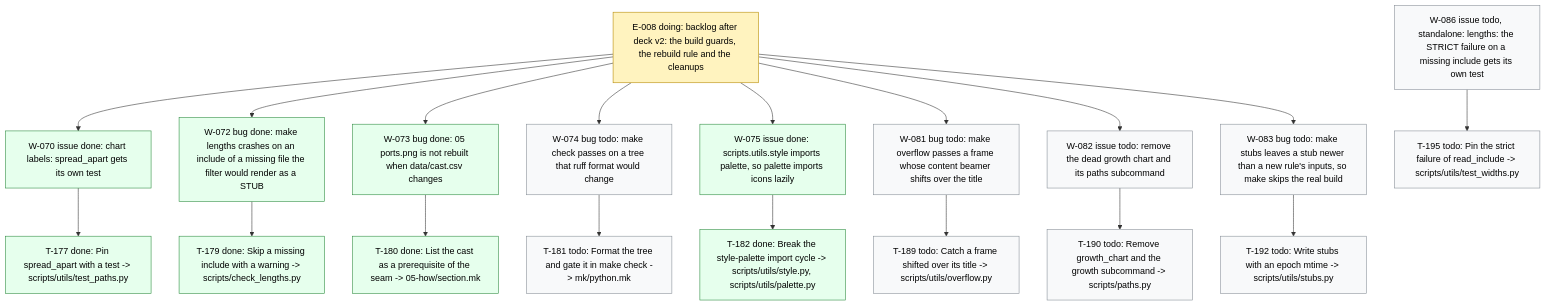
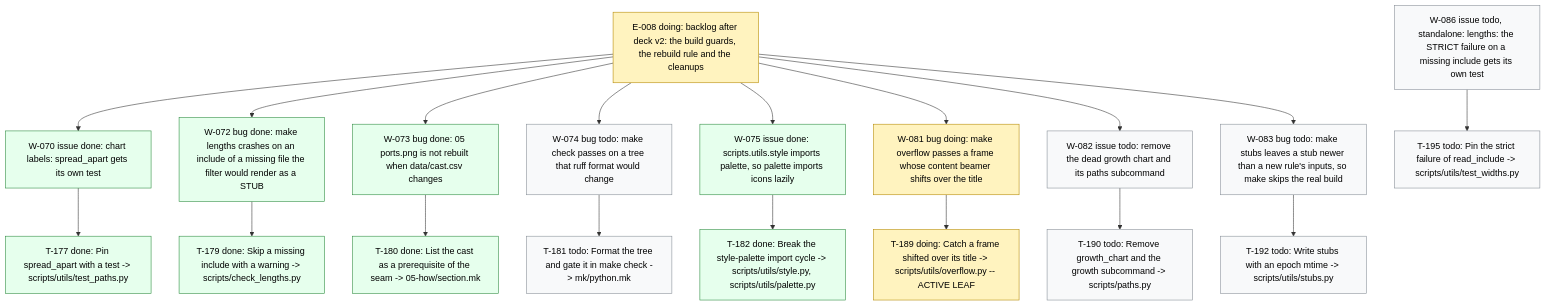
One commit to dpopchev/chaos-to-simple changed the diagram in .board/BOARD.md. Above: the diagram before and after it, drawn with Mermaid. The commit also changed other lines of this file and 2 other files, not shown here.

Commit message:
chore(board): activate W-081, start T-189
Refs: W-081 T-189

````diff
--- a/.board/BOARD.md
+++ b/.board/BOARD.md
@@ -486,30 +486,30 @@
 ```mermaid
 flowchart TD
   E008["E-008 doing: backlog after deck v2: the build guards, the rebuild rule and the cleanups"]
   E008 --> W070["W-070 issue done: chart labels: spread_apart gets its own test"]
   W070 --> T177["T-177 done: Pin spread_apart with a test -> scripts/utils/test_paths.py"]
   E008 --> W072["W-072 bug done: make lengths crashes on an include of a missing file the filter would render as a STUB"]
   W072 --> T179["T-179 done: Skip a missing include with a warning -> scripts/check_lengths.py"]
   E008 --> W073["W-073 bug done: 05 ports.png is not rebuilt when data/cast.csv changes"]
   W073 --> T180["T-180 done: List the cast as a prerequisite of the seam -> 05-how/section.mk"]
   E008 --> W074["W-074 bug todo: make check passes on a tree that ruff format would change"]
   W074 --> T181["T-181 todo: Format the tree and gate it in make check -> mk/python.mk"]
   E008 --> W075["W-075 issue done: scripts.utils.style imports palette, so palette imports icons lazily"]
   W075 --> T182["T-182 done: Break the style-palette import cycle -> scripts/utils/style.py, scripts/utils/palette.py"]
-  E008 --> W081["W-081 bug todo: make overflow passes a frame whose content beamer shifts over the title"]
-  W081 --> T189["T-189 todo: Catch a frame shifted over its title -> scripts/utils/overflow.py"]
+  E008 --> W081["W-081 bug doing: make overflow passes a frame whose content beamer shifts over the title"]
+  W081 --> T189["T-189 doing: Catch a frame shifted over its title -> scripts/utils/overflow.py -- ACTIVE LEAF"]
   E008 --> W082["W-082 issue todo: remove the dead growth chart and its paths subcommand"]
   W082 --> T190["T-190 todo: Remove growth_chart and the growth subcommand -> scripts/paths.py"]
   E008 --> W083["W-083 bug todo: make stubs leaves a stub newer than a new rule's inputs, so make skips the real build"]
   W083 --> T192["T-192 todo: Write stubs with an epoch mtime -> scripts/utils/stubs.py"]
   W086["W-086 issue todo, standalone: lengths: the STRICT failure on a missing include gets its own test"]
   W086 --> T195["T-195 todo: Pin the strict failure of read_include -> scripts/utils/test_widths.py"]
   classDef doing fill:#fff3bf,stroke:#b58900,color:#000;
   classDef blocked fill:#ffe3e3,stroke:#c92a2a,color:#000;
   classDef done fill:#e6ffed,stroke:#2b8a3e,color:#000;
   classDef todo fill:#f8f9fa,stroke:#868e96,color:#000;
   classDef pruned fill:#f1f3f5,stroke:#adb5bd,color:#000;
-  class E008 doing
+  class E008,W081,T189 doing
   class W070,T177,W072,T179,W073,T180,W075,T182 done
-  class W074,T181,W081,T189,W082,T190,W083,T192,W086,T195 todo
+  class W074,T181,W082,T190,W083,T192,W086,T195 todo
 ```
````
